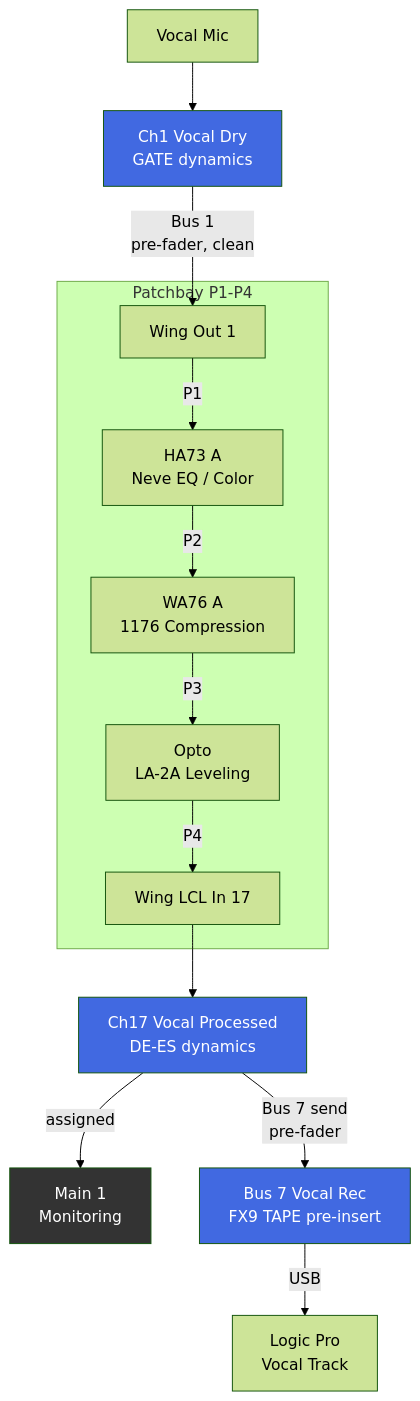
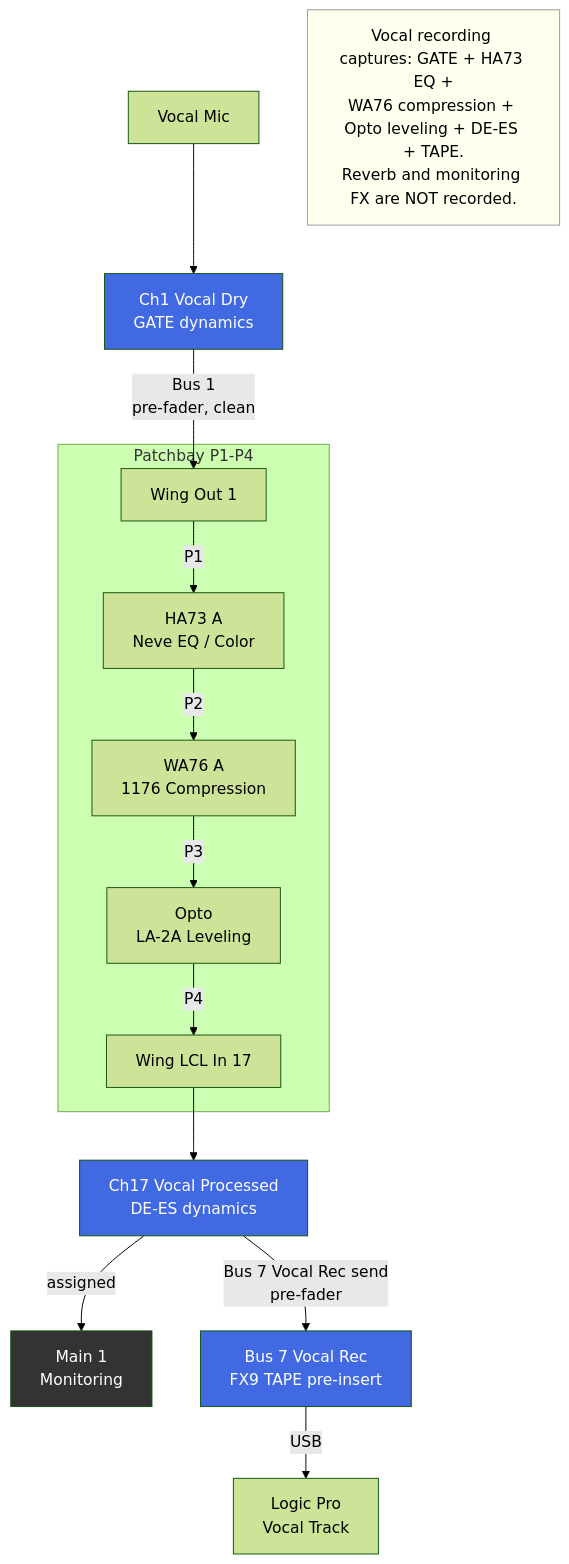
Before and after one commit to ldenman/studio-setup: the second of 19 diagrams in docs/diagrams.md, drawn with Mermaid (forest theme). The commit also changed other lines of this file, not shown here.

First line of the commit message:
Add names to all bus/channel references, summary notes on every diagram

````diff
--- a/docs/diagrams.md
+++ b/docs/diagrams.md
@@ -73,25 +77,28 @@
 ```mermaid
 graph TD
     MIC[Vocal Mic] --> CH1[Ch1 Vocal Dry<br/>GATE dynamics]
 
     CH1 -->|Bus 1<br/>pre-fader, clean| OUT1[Wing Out 1]
 
     subgraph Patchbay P1-P4
         OUT1 -->|P1| HA73A[HA73 A<br/>Neve EQ / Color]
         HA73A -->|P2| WA76A[WA76 A<br/>1176 Compression]
         WA76A -->|P3| OPTO[Opto<br/>LA-2A Leveling]
         OPTO -->|P4| LCL17[Wing LCL In 17]
     end
 
     LCL17 --> CH17[Ch17 Vocal Processed<br/>DE-ES dynamics]
 
     CH17 -->|assigned| MAIN[Main 1<br/>Monitoring]
-    CH17 -->|Bus 7 send<br/>pre-fader| BUS7[Bus 7 Vocal Rec<br/>FX9 TAPE pre-insert]
+    CH17 -->|Bus 7 Vocal Rec send<br/>pre-fader| BUS7[Bus 7 Vocal Rec<br/>FX9 TAPE pre-insert]
 
     BUS7 -->|USB| LOGIC[Logic Pro<br/>Vocal Track]
+
+    NOTE[Vocal recording captures: GATE + HA73 EQ +<br/>WA76 compression + Opto leveling + DE-ES + TAPE.<br/>Reverb and monitoring FX are NOT recorded.]
 
     style CH1 fill:#4169E1,color:#fff
     style CH17 fill:#4169E1,color:#fff
     style BUS7 fill:#4169E1,color:#fff
     style MAIN fill:#333,color:#fff
+    style NOTE fill:#ffe,stroke:#999
 ```
````
